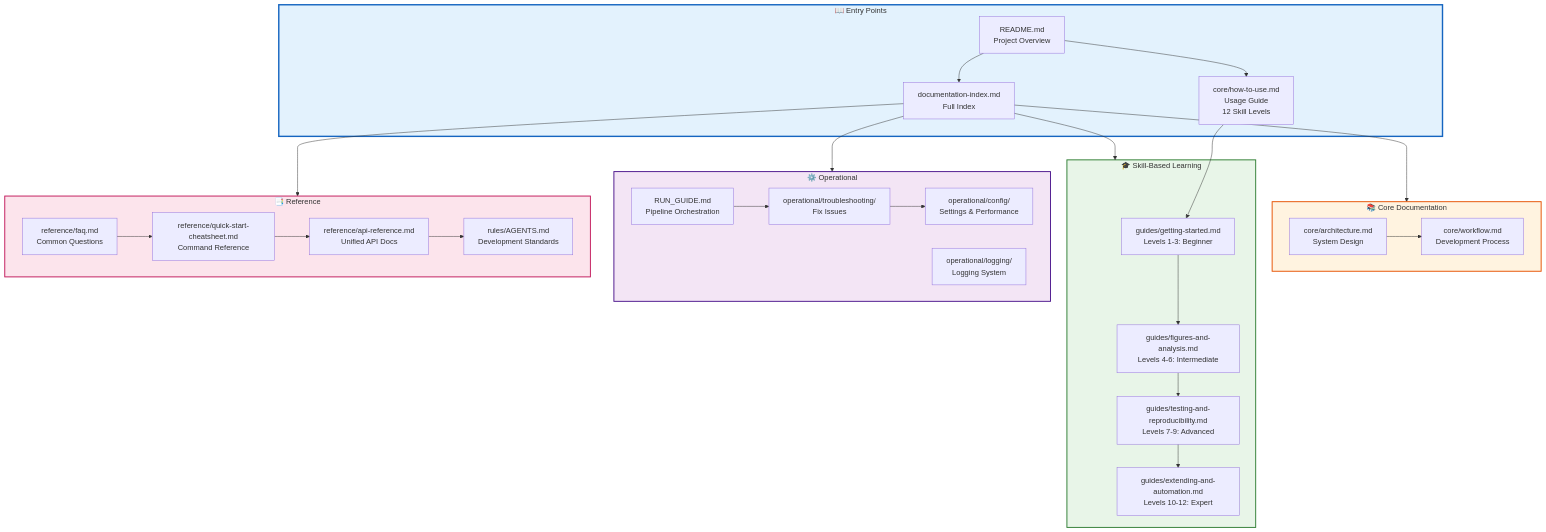
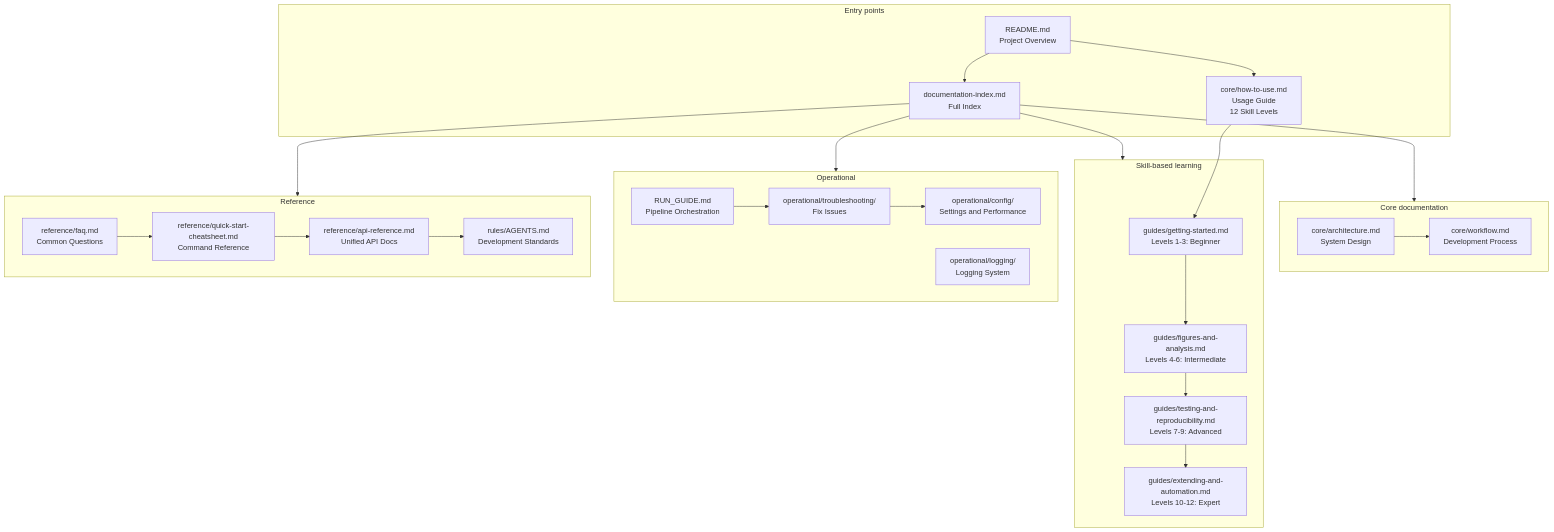
Before and after one commit to docxology/template: the diagram in docs/README.md, drawn with Mermaid. The commit also changed other lines of this file and 252 other files, not shown here.

````diff
--- a/docs/README.md
+++ b/docs/README.md
@@ -15,67 +15,55 @@
 ```mermaid
 graph TD
-    subgraph EntryPoints["📖 Entry Points"]
+    subgraph EntryPoints["Entry points"]
         README[README.md<br/>Project Overview]
         DOC_INDEX[documentation-index.md<br/>Full Index]
         HOW_TO[core/how-to-use.md<br/>Usage Guide<br/>12 Skill Levels]
     end
 
-    subgraph CoreDocs["📚 Core Documentation"]
+    subgraph CoreDocs["Core documentation"]
         ARCH[core/architecture.md<br/>System Design]
         WORKFLOW[core/workflow.md<br/>Development Process]
     end
 
-    subgraph SkillLevels["🎓 Skill-Based Learning"]
+    subgraph SkillLevels["Skill-based learning"]
         L1[guides/getting-started.md<br/>Levels 1-3: Beginner]
         L2[guides/figures-and-analysis.md<br/>Levels 4-6: Intermediate]
         L3[guides/testing-and-reproducibility.md<br/>Levels 7-9: Advanced]
         L4[guides/extending-and-automation.md<br/>Levels 10-12: Expert]
     end
 
-    subgraph Operational["⚙️ Operational"]
+    subgraph Operational["Operational"]
         PIPELINE[RUN_GUIDE.md<br/>Pipeline Orchestration]
         TROUBLESHOOT[operational/troubleshooting/<br/>Fix Issues]
-        CONFIG[operational/config/<br/>Settings & Performance]
+        CONFIG[operational/config/<br/>Settings and Performance]
         LOGGING[operational/logging/<br/>Logging System]
     end
 
-    subgraph Reference["📑 Reference"]
+    subgraph Reference["Reference"]
         FAQ[reference/faq.md<br/>Common Questions]
         CHEATSHEET[reference/quick-start-cheatsheet.md<br/>Command Reference]
         API[reference/api-reference.md<br/>Unified API Docs]
         RULES[rules/AGENTS.md<br/>Development Standards]
     end
 
     README --> DOC_INDEX
     README --> HOW_TO
     DOC_INDEX --> CoreDocs
     DOC_INDEX --> SkillLevels
     DOC_INDEX --> Operational
     DOC_INDEX --> Reference
 
     HOW_TO --> L1
     L1 --> L2
     L2 --> L3
     L3 --> L4
 
     ARCH --> WORKFLOW
 
     PIPELINE --> TROUBLESHOOT
     TROUBLESHOOT --> CONFIG
 
     FAQ --> CHEATSHEET
     CHEATSHEET --> API
     API --> RULES
-
-    classDef entry fill:#e3f2fd,stroke:#1565c0,stroke-width:3px
-    classDef core fill:#fff3e0,stroke:#e65100,stroke-width:2px
-    classDef skill fill:#e8f5e8,stroke:#2e7d32,stroke-width:2px
-    classDef operational fill:#f3e5f5,stroke:#4a148c,stroke-width:2px
-    classDef reference fill:#fce4ec,stroke:#c2185b,stroke-width:2px
-
-    class EntryPoints entry
-    class CoreDocs core
-    class SkillLevels skill
-    class Operational operational
-    class Reference reference
 ```
````
